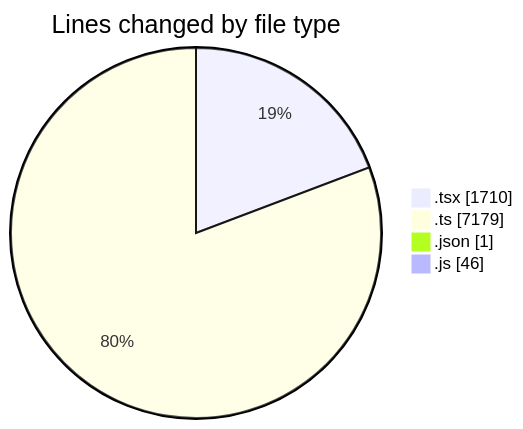
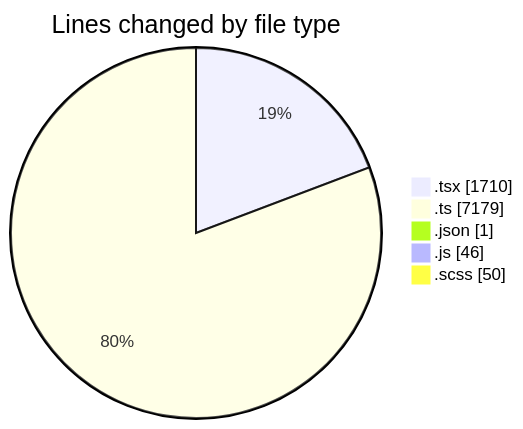
One commit to momahboobian/code-tracking changed the first of 2 diagrams in 2026-09-17/cda/README.md. Above: the diagram before and after it, drawn with Mermaid. The commit also changed other lines of this file and 1 other file, not shown here.

````diff
--- a/2026-09-17/cda/README.md
+++ b/2026-09-17/cda/README.md
@@ -40,8 +41,9 @@
 ```mermaid
 pie showData
 title Lines changed by file type
 ".tsx" : 1710
 ".ts" : 7179
 ".json" : 1
 ".js" : 46
+".scss" : 50
 ```
````
